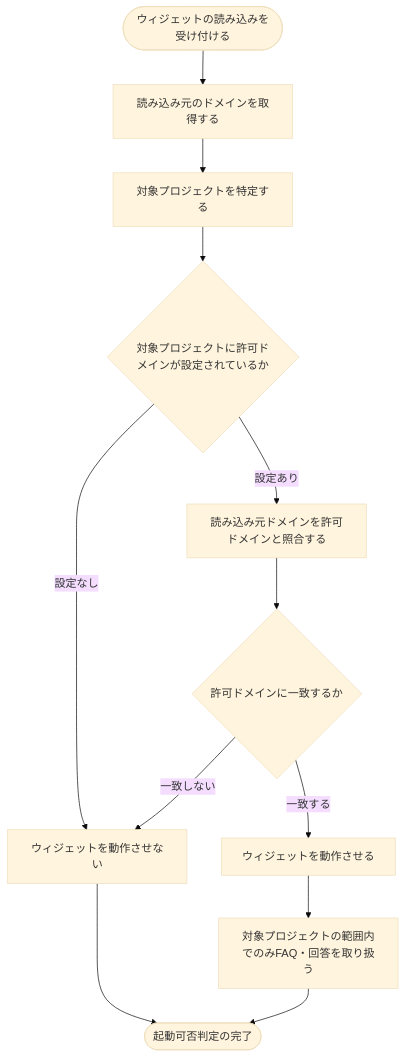
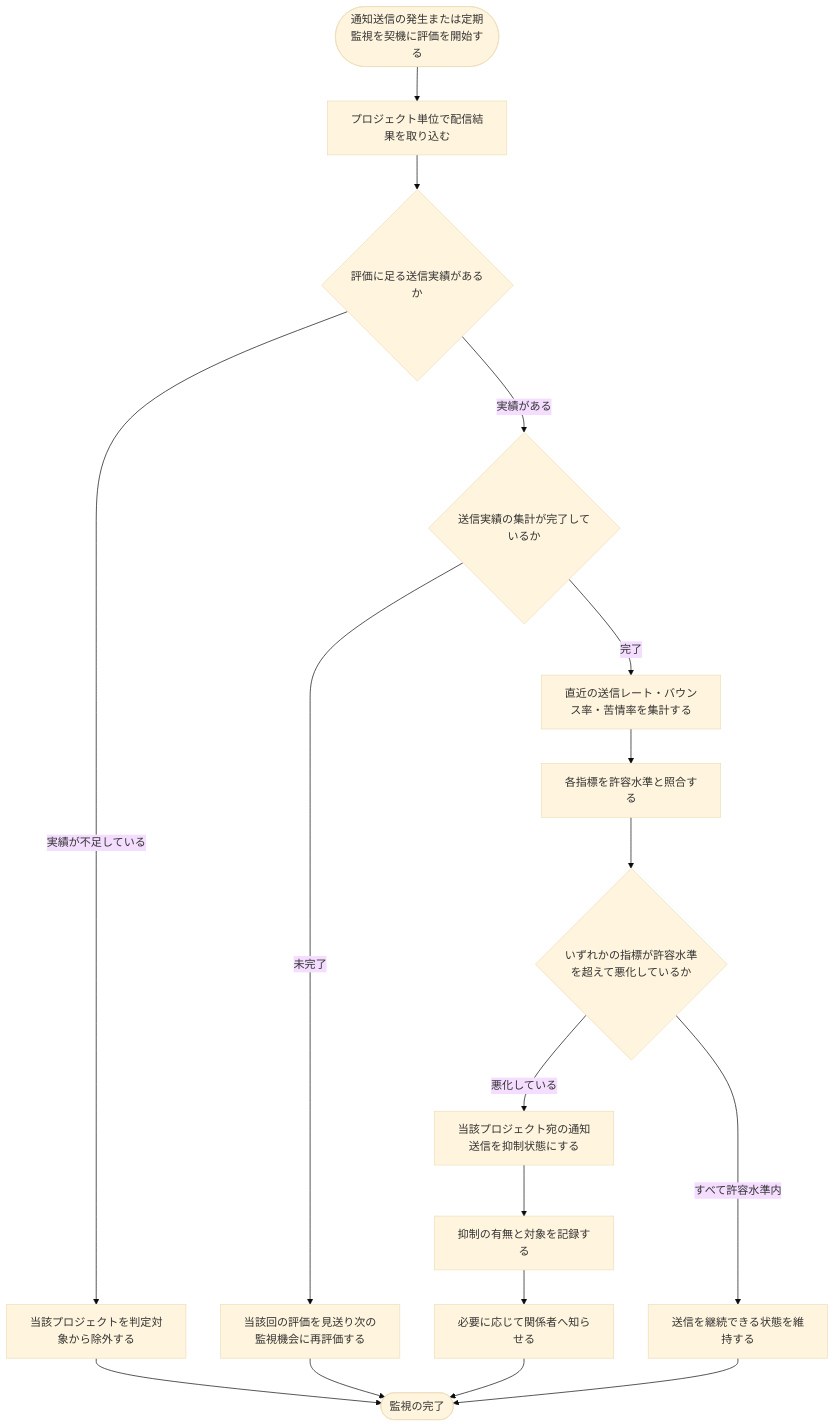
Before and after one commit to sikakou54/open-faq: the diagram in 02_basic_design/02_backend/01_system/SYS-007.md, drawn with Mermaid (base theme). The commit also changed other lines of this file and 395 other files, not shown here.

````diff
--- a/02_basic_design/02_backend/01_system/SYS-007.md
+++ b/02_basic_design/02_backend/01_system/SYS-007.md
@@ -26,14 +29,19 @@
 ```mermaid
 flowchart TB
-  A([ウィジェットの読み込みを受け付ける]) --> B[読み込み元のドメインを取得する]
-  B --> C[対象プロジェクトを特定する]
-  C --> D{対象プロジェクトに許可ドメインが設定されているか}
-  D -->|設定なし| E[ウィジェットを動作させない]
-  D -->|設定あり| F[読み込み元ドメインを許可ドメインと照合する]
-  F --> G{許可ドメインに一致するか}
-  G -->|一致しない| E
-  G -->|一致する| H[ウィジェットを動作させる]
-  H --> I[対象プロジェクトの範囲内でのみFAQ・回答を取り扱う]
-  I --> J([起動可否判定の完了])
-  E --> J
+  A([通知送信の発生または定期監視を契機に評価を開始する]) --> B[プロジェクト単位で配信結果を取り込む]
+  B --> C{評価に足る送信実績があるか}
+  C -->|実績が不足している| D[当該プロジェクトを判定対象から除外する]
+  C -->|実績がある| E{送信実績の集計が完了しているか}
+  E -->|未完了| F[当該回の評価を見送り次の監視機会に再評価する]
+  E -->|完了| G[直近の送信レート・バウンス率・苦情率を集計する]
+  G --> H[各指標を許容水準と照合する]
+  H --> I{いずれかの指標が許容水準を超えて悪化しているか}
+  I -->|悪化している| J[当該プロジェクト宛の通知送信を抑制状態にする]
+  J --> K[抑制の有無と対象を記録する]
+  K --> L[必要に応じて関係者へ知らせる]
+  I -->|すべて許容水準内| M[送信を継続できる状態を維持する]
+  D --> N([監視の完了])
+  F --> N
+  L --> N
+  M --> N
 ```
````
